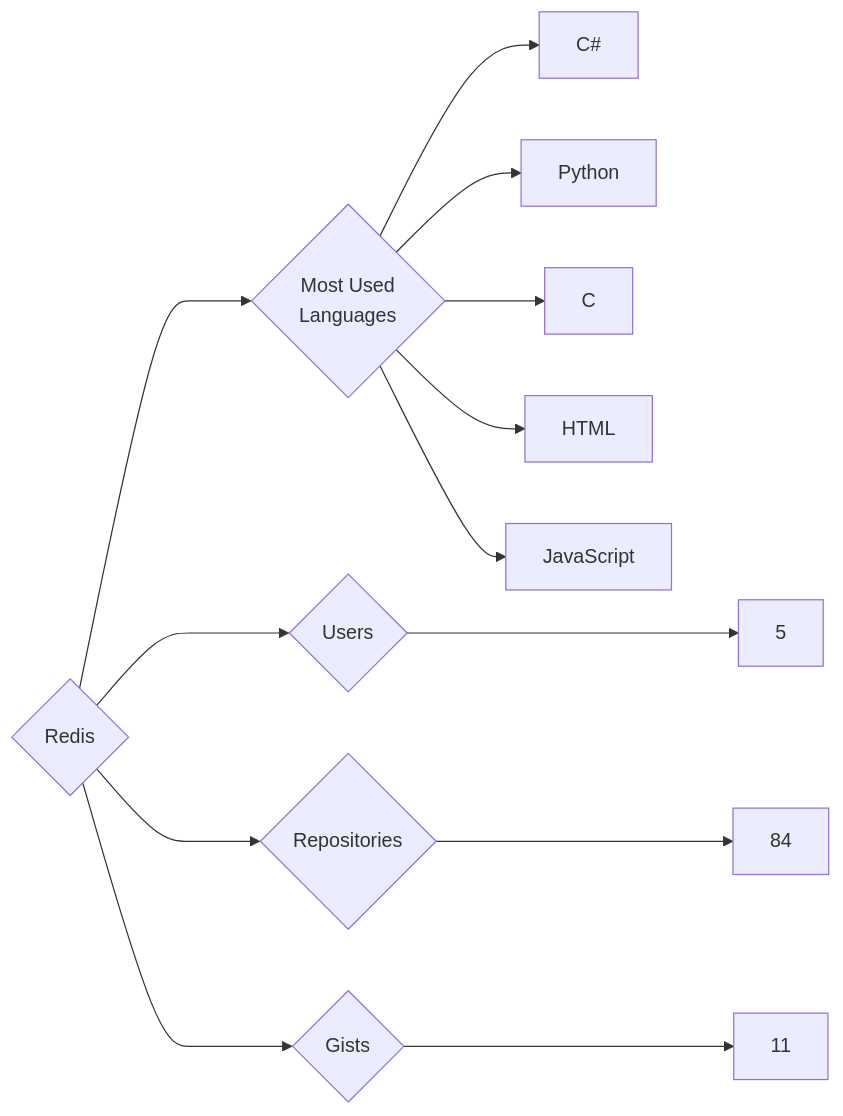
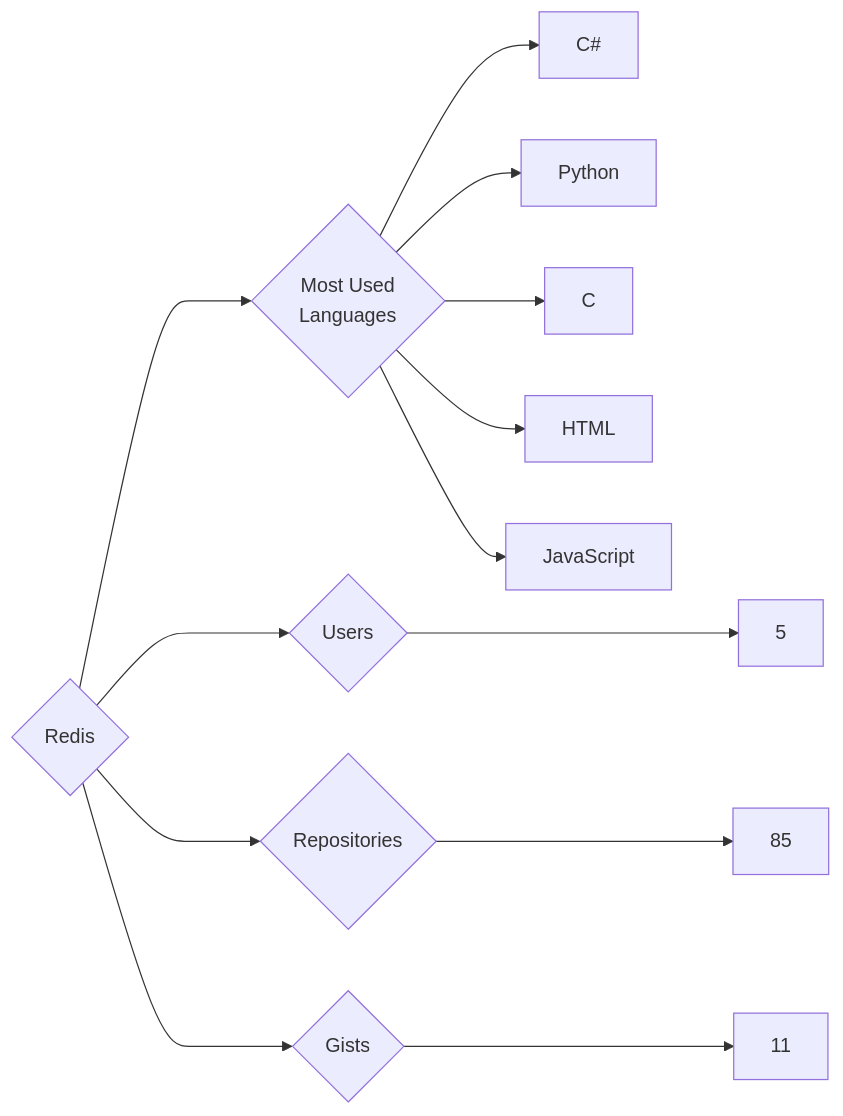
One commit to trickest/insiders changed the diagram in targets/Redis/README.md. Above: the diagram before and after it, drawn with Mermaid. The commit also changed 903 other files, not shown here.

````diff
--- a/targets/Redis/README.md
+++ b/targets/Redis/README.md
@@ -3,13 +3,13 @@
 ```mermaid
 graph LR
 COMPANY_NAME{Redis}
 COMPANY_NAME ---> U{Users} ---> UN[5]
-COMPANY_NAME ---> R{Repositories} ---> RN[84]
+COMPANY_NAME ---> R{Repositories} ---> RN[85]
 COMPANY_NAME ---> G{Gists} ---> GN[11]
 COMPANY_NAME ---> ML{Most Used<br>Languages}
 ML --> C#[C#]
 ML --> Python[Python]
 ML --> C[C]
 ML --> HTML[HTML]
 ML --> JavaScript[JavaScript]
 ```
````
